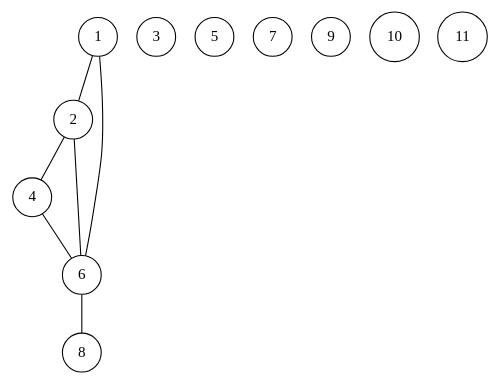
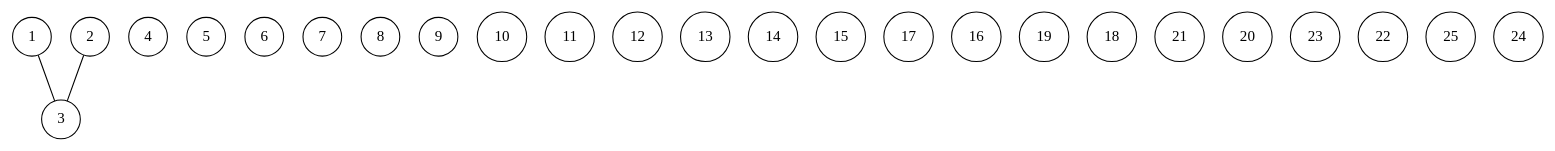
The diagram in project/caw001.txt.ig.dot (chris-wood/PL241-Compiler), drawn with Graphviz before and after one commit. The commit also changed 14 other files, not shown here.

```diff
--- a/project/caw001.txt.ig.dot
+++ b/project/caw001.txt.ig.dot
@@ -1,20 +1,30 @@
 graph ig {
     node [shape = circle];
 1;
 2;
 3;
 4;
 5;
 6;
 7;
 8;
 9;
 10;
 11;
-1 -- 2;
-1 -- 6;
-2 -- 4;
-2 -- 6;
-4 -- 6;
-6 -- 8;
+12;
+13;
+14;
+15;
+17;
+16;
+19;
+18;
+21;
+20;
+23;
+22;
+25;
+24;
+1 -- 3;
+2 -- 3;
 }
```
